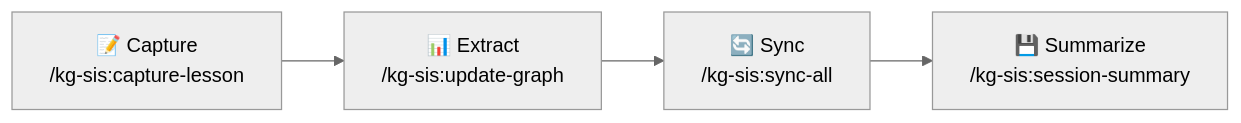
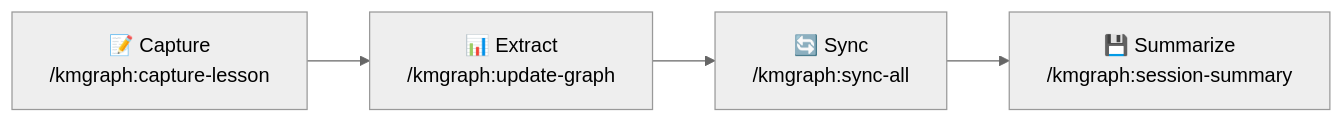
Before and after one commit to technomensch/knowledge-graph: the diagram in docs/GETTING-STARTED.md, drawn with Mermaid. The commit also changed other lines of this file and 57 other files, not shown here.

First line of the commit message:
refactor(plugin): complete kmgraph namespace replacement across all tiers

````diff
--- a/docs/GETTING-STARTED.md
+++ b/docs/GETTING-STARTED.md
@@ -88,10 +88,10 @@
 ```mermaid
 %%{init: { 'flowchart': { 'useMaxWidth': true }, 'theme': 'neutral' }}%%
 graph LR
-    A["📝 Capture<br/>/kg-sis:capture-lesson"] --> B["📊 Extract<br/>/kg-sis:update-graph"]
-    B --> C["🔄 Sync<br/>/kg-sis:sync-all"]
-    C --> D["💾 Summarize<br/>/kg-sis:session-summary"]
+    A["📝 Capture<br/>/kmgraph:capture-lesson"] --> B["📊 Extract<br/>/kmgraph:update-graph"]
+    B --> C["🔄 Sync<br/>/kmgraph:sync-all"]
+    C --> D["💾 Summarize<br/>/kmgraph:session-summary"]
 
     accTitle: Knowledge Capture Pipeline
     accDescr: Four-step workflow: Capture lessons (step 1) feeds into Extract patterns (step 2), which feeds into Sync across graphs (step 3), which feeds into Summarize session (step 4)
 ```
````
